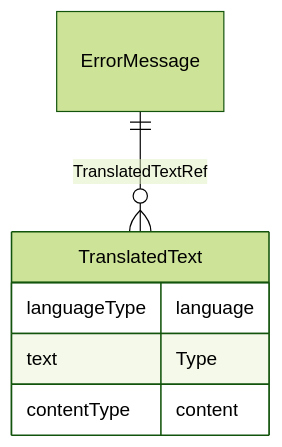
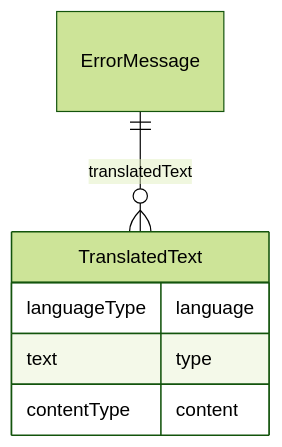
One commit to cdisc-org/DataExchange-ODM-LinkML changed the diagram in docs/ErrorMessage.md. Above: the diagram before and after it, drawn with Mermaid (forest theme). The commit also changed other lines of this file and 759 other files, not shown here.

````diff
--- a/docs/ErrorMessage.md
+++ b/docs/ErrorMessage.md
@@ -11,14 +11,14 @@
 ```mermaid
 erDiagram
 ErrorMessage {
 
 }
 TranslatedText {
     languageType language  
-    text Type  
+    text type  
     contentType content  
 }
 
-ErrorMessage ||--}o TranslatedText : "TranslatedTextRef"
+ErrorMessage ||--}o TranslatedText : "translatedText"
 
 ```
````
